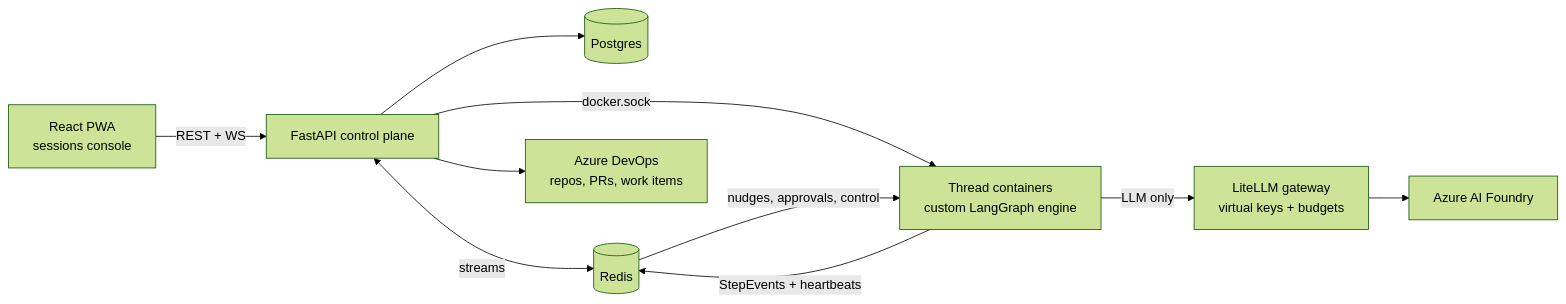
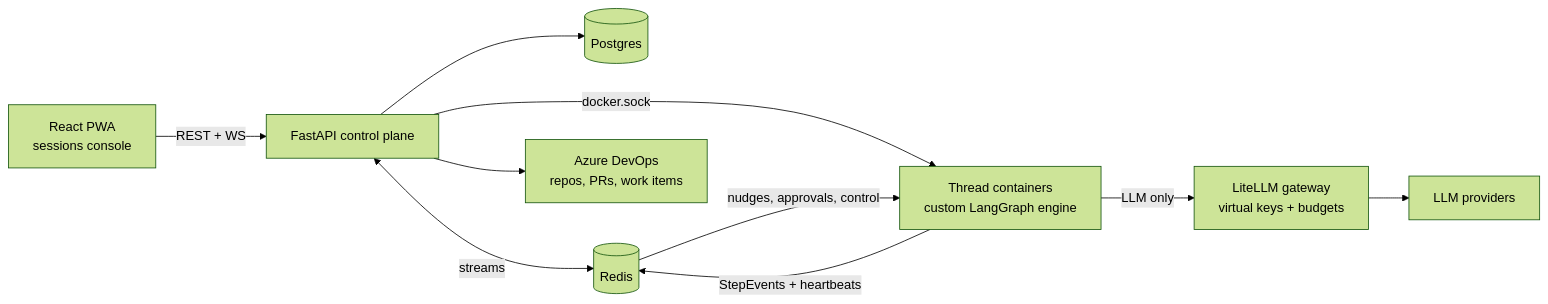
Before and after one commit to Sahilgul/z-agent: the diagram in README.md, drawn with Mermaid (forest theme). The commit also changed other lines of this file, not shown here.

````diff
--- a/README.md
+++ b/README.md
@@ -21,12 +21,12 @@
 ```mermaid
 flowchart LR
   Web[React PWA<br/>sessions console] -->|REST + WS| BE[FastAPI control plane]
   BE --> PG[(Postgres)]
   BE <-->|streams| RD[(Redis)]
   BE -->|docker.sock| TH[Thread containers<br/>custom LangGraph engine]
   TH -->|StepEvents + heartbeats| RD
   RD -->|nudges, approvals, control| TH
   TH -->|LLM only| GW[LiteLLM gateway<br/>virtual keys + budgets]
-  GW --> Foundry[Azure AI Foundry]
+  GW --> LLM[LLM providers]
   BE --> ADO[Azure DevOps<br/>repos, PRs, work items]
 ```
````
